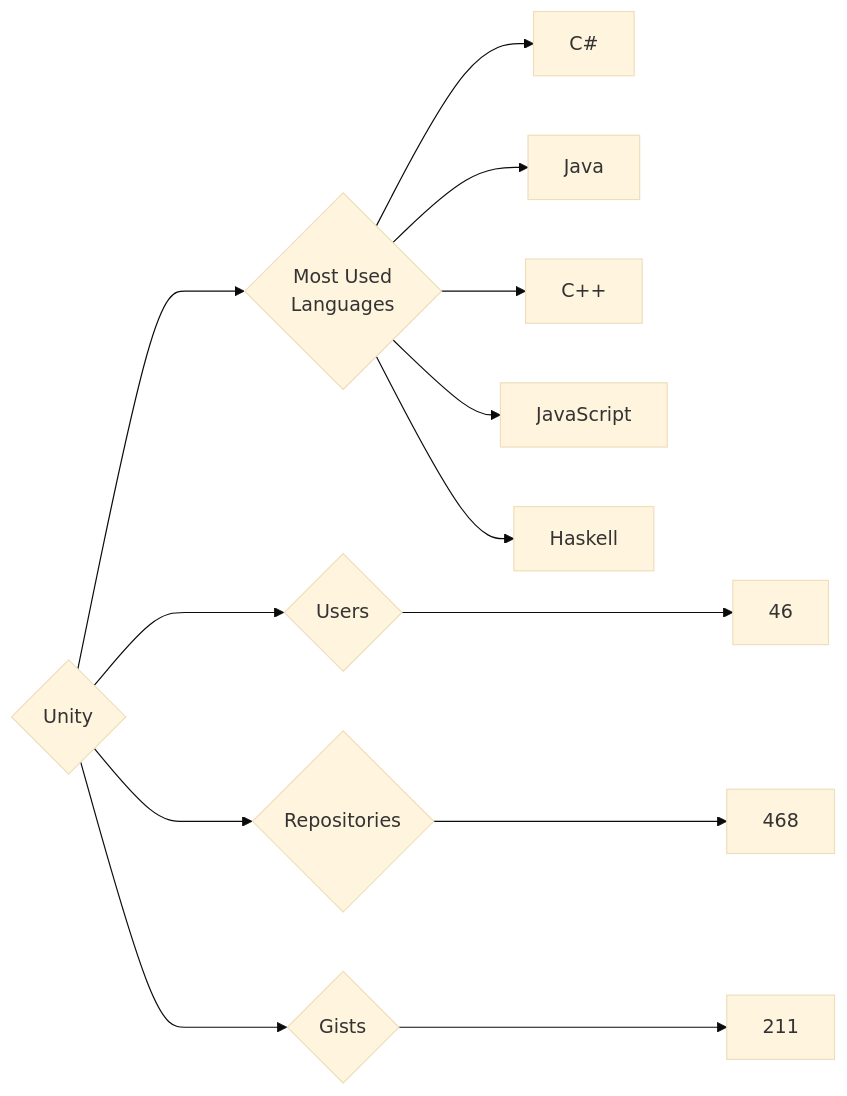
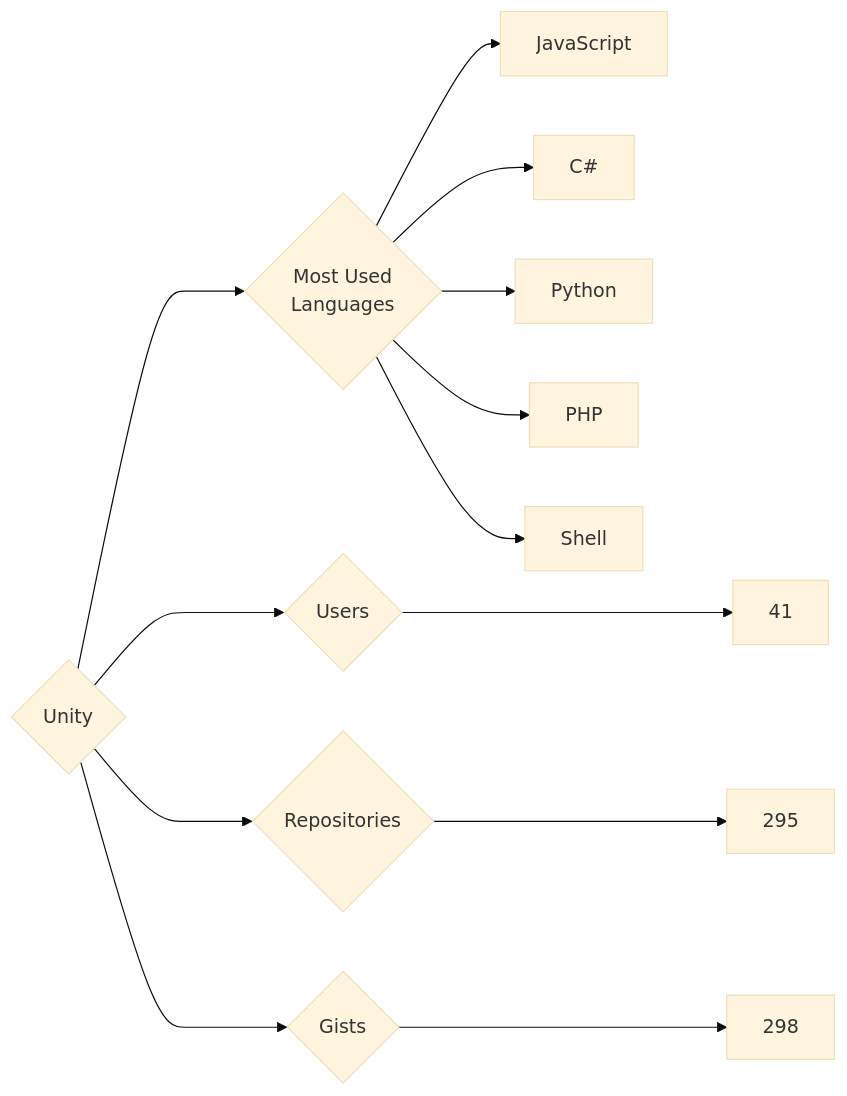
The diagram in targets/Unity/README.md (trickest/insiders), drawn with Mermaid (base theme) before and after one commit. The commit also changed 920 other files, not shown here.

````diff
--- a/targets/Unity/README.md
+++ b/targets/Unity/README.md
@@ -3,13 +3,13 @@
 ```mermaid
 graph LR
 COMPANY_NAME{Unity}
-COMPANY_NAME ---> U{Users} ---> UN[46]
-COMPANY_NAME ---> R{Repositories} ---> RN[468]
-COMPANY_NAME ---> G{Gists} ---> GN[211]
+COMPANY_NAME ---> U{Users} ---> UN[41]
+COMPANY_NAME ---> R{Repositories} ---> RN[295]
+COMPANY_NAME ---> G{Gists} ---> GN[298]
 COMPANY_NAME ---> ML{Most Used<br>Languages}
+ML --> JavaScript[JavaScript]
 ML --> C#[C#]
-ML --> Java[Java]
-ML --> C++[C++]
-ML --> JavaScript[JavaScript]
-ML --> Haskell[Haskell]
+ML --> Python[Python]
+ML --> PHP[PHP]
+ML --> Shell[Shell]
 ```
````
